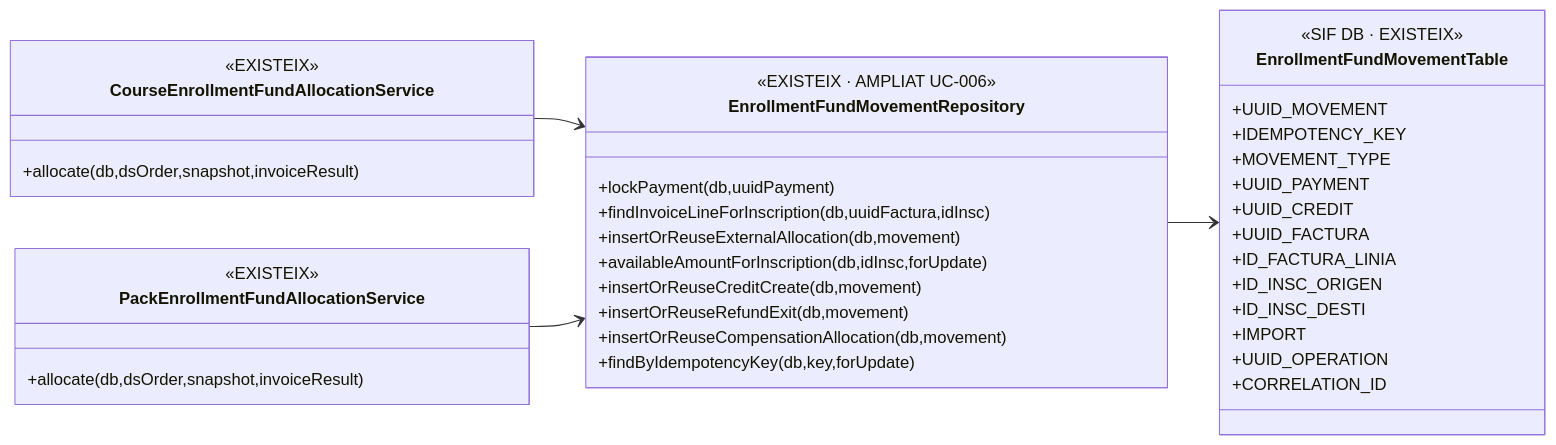
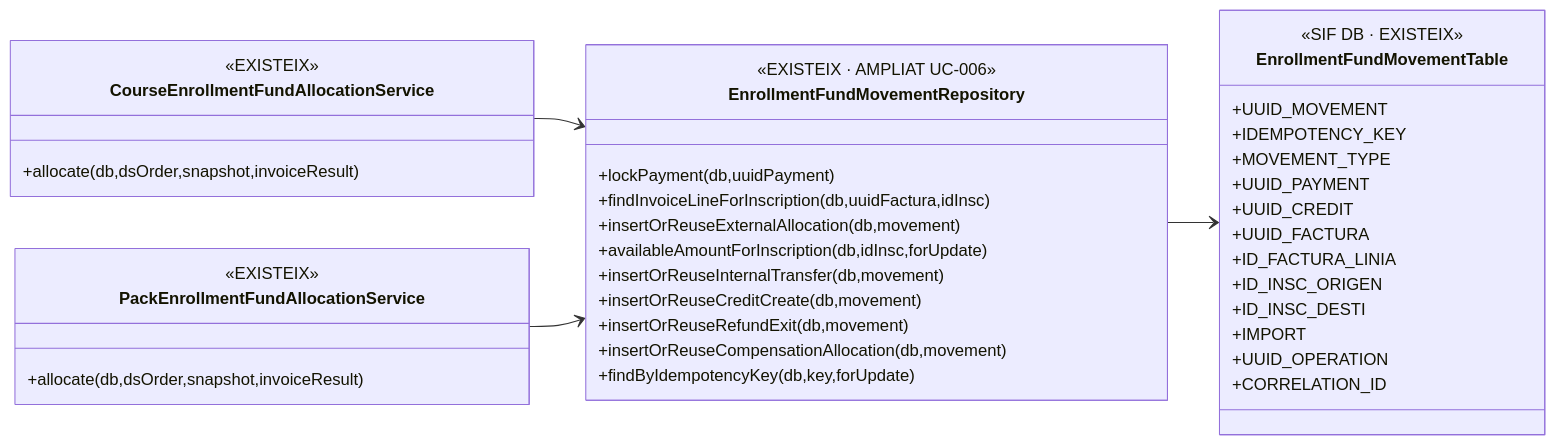
One commit to orgmeriemprismacat-del/verifactu changed the fourth of 6 diagrams in documentacio/07-uml-integrat/uc-006-classes-actual-final.md. Above: the diagram before and after it, drawn with Mermaid. The commit also changed other lines of this file, not shown here.

Commit message:
docs(UC-006): afegir INTERNAL_TRANSFER als diagrames de classes

````diff
--- a/documentacio/07-uml-integrat/uc-006-classes-actual-final.md
+++ b/documentacio/07-uml-integrat/uc-006-classes-actual-final.md
@@ -252,41 +252,42 @@
 ```mermaid
 classDiagram
 direction LR
 class EnrollmentFundMovementRepository {
   <<EXISTEIX · AMPLIAT UC-006>>
   +lockPayment(db,uuidPayment)
   +findInvoiceLineForInscription(db,uuidFactura,idInsc)
   +insertOrReuseExternalAllocation(db,movement)
   +availableAmountForInscription(db,idInsc,forUpdate)
+  +insertOrReuseInternalTransfer(db,movement)
   +insertOrReuseCreditCreate(db,movement)
   +insertOrReuseRefundExit(db,movement)
   +insertOrReuseCompensationAllocation(db,movement)
   +findByIdempotencyKey(db,key,forUpdate)
 }
 class CourseEnrollmentFundAllocationService {
   <<EXISTEIX>>
   +allocate(db,dsOrder,snapshot,invoiceResult)
 }
 class PackEnrollmentFundAllocationService {
   <<EXISTEIX>>
   +allocate(db,dsOrder,snapshot,invoiceResult)
 }
 class EnrollmentFundMovementTable {
   <<SIF DB · EXISTEIX>>
   +UUID_MOVEMENT
   +IDEMPOTENCY_KEY
   +MOVEMENT_TYPE
   +UUID_PAYMENT
   +UUID_CREDIT
   +UUID_FACTURA
   +ID_FACTURA_LINIA
   +ID_INSC_ORIGEN
   +ID_INSC_DESTI
   +IMPORT
   +UUID_OPERATION
   +CORRELATION_ID
 }
 CourseEnrollmentFundAllocationService --> EnrollmentFundMovementRepository
 PackEnrollmentFundAllocationService --> EnrollmentFundMovementRepository
 EnrollmentFundMovementRepository --> EnrollmentFundMovementTable
 ```
````
